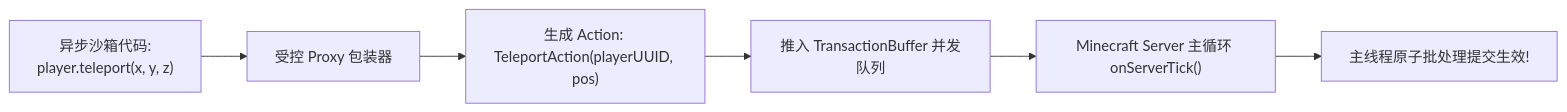
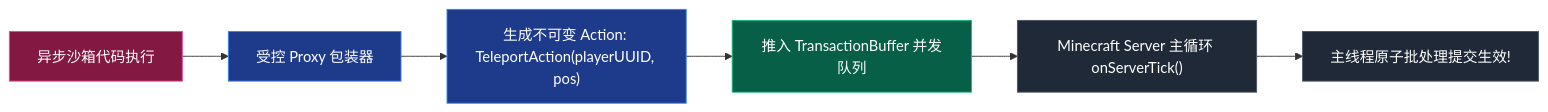
The second of 2 diagrams in docs/new_base/Module-DualContext-Engine.md (nooooocato/graal-agent), drawn with Mermaid before and after one commit. The commit also changed other lines of this file and 16 other files, not shown here.

````diff
--- a/docs/new_base/Module-DualContext-Engine.md
+++ b/docs/new_base/Module-DualContext-Engine.md
@@ -132,8 +193,13 @@
 ```mermaid
 flowchart LR
-    JS["异步沙箱代码:\nplayer.teleport(x, y, z)"] --> Proxy["受控 Proxy 包装器"]
-    Proxy --> Tx["生成 Action: TeleportAction(playerUUID, pos)"]
-    Tx --> Buffer["推入 TransactionBuffer 并发队列"]
-    Buffer --> Tick["Minecraft Server 主循环 onServerTick()"]
-    Tick --> Commit["主线程原子批处理提交生效!"]
+    classDef js fill:#831843,stroke:#ec4899,color:#fff
+    classDef proxy fill:#1e3a8a,stroke:#3b82f6,color:#fff
+    classDef q fill:#065f46,stroke:#10b981,color:#fff
+    classDef mc fill:#1f2937,stroke:#4b5563,color:#fff
+
+    JS["异步沙箱代码执行"]:::js --> Proxy["受控 Proxy 包装器"]:::proxy
+    Proxy --> Tx["生成不可变 Action: TeleportAction(playerUUID, pos)"]:::proxy
+    Tx --> Buffer["推入 TransactionBuffer 并发队列"]:::q
+    Buffer --> Tick["Minecraft Server 主循环 onServerTick()"]:::mc
+    Tick --> Commit["主线程原子批处理提交生效!"]:::mc
 ```
````
